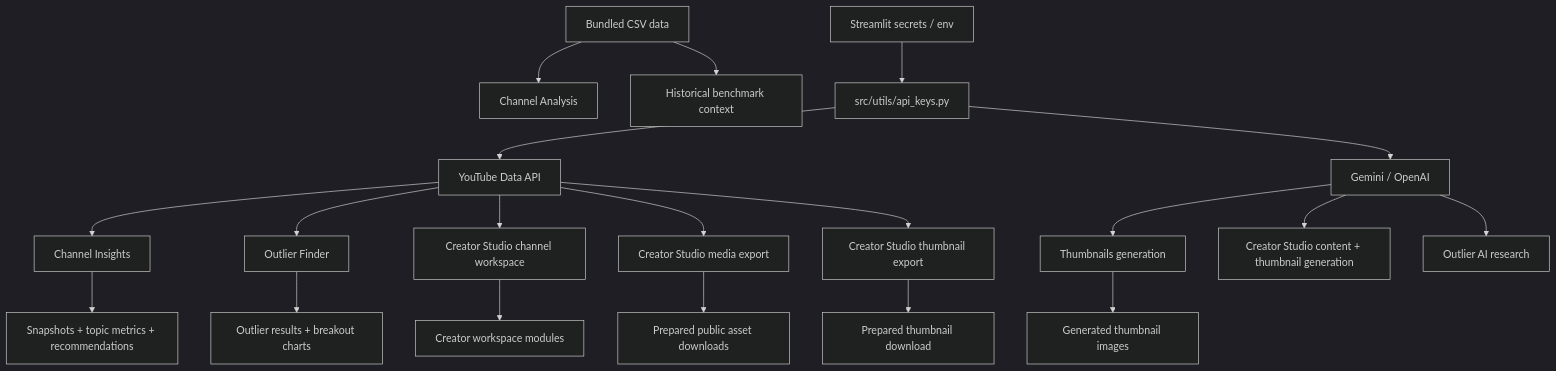
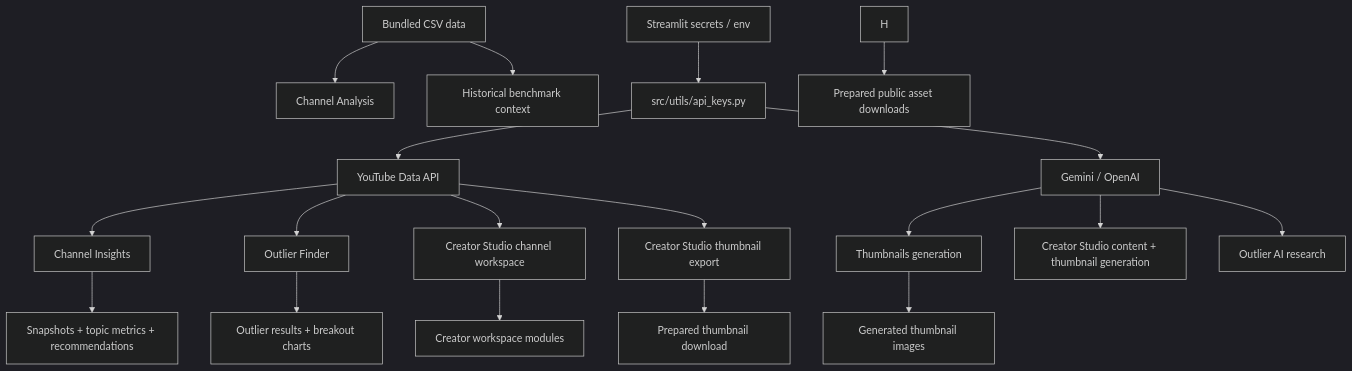
The second of 6 diagrams in README.md (AsherJ07/purdue-youtube-ip-new), drawn with Mermaid (dark theme) before and after one commit. The commit also changed other lines of this file and 11 other files, not shown here.

````diff
--- a/README.md
+++ b/README.md
@@ -152,26 +152,25 @@
 ```mermaid
 flowchart TD
     A["Bundled CSV data"] --> B["Channel Analysis"]
     A --> C["Historical benchmark context"]
 
     S["Streamlit secrets / env"] --> K["src/utils/api_keys.py"]
     K --> Y["YouTube Data API"]
     K --> G["Gemini / OpenAI"]
 
     Y --> D["Channel Insights"]
     Y --> E["Outlier Finder"]
     Y --> F["Creator Studio channel workspace"]
-    Y --> H["Creator Studio media export"]
     Y --> I["Creator Studio thumbnail export"]
 
     G --> J["Thumbnails generation"]
     G --> L["Creator Studio content + thumbnail generation"]
     G --> M["Outlier AI research"]
 
     D --> N["Snapshots + topic metrics + recommendations"]
     E --> O["Outlier results + breakout charts"]
     F --> P["Creator workspace modules"]
     H --> Q["Prepared public asset downloads"]
     J --> R["Generated thumbnail images"]
     I --> T["Prepared thumbnail download"]
 ```
````
